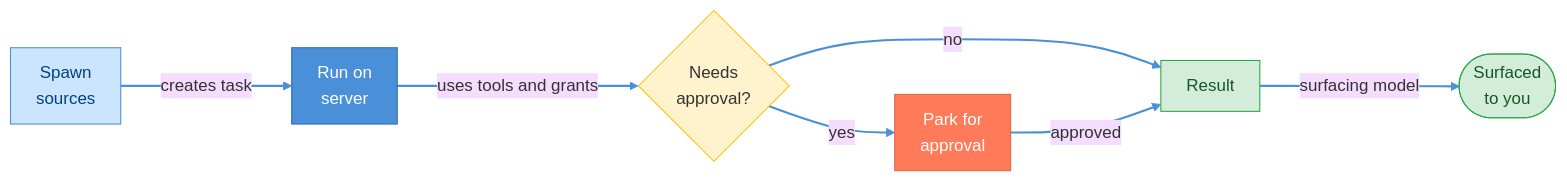
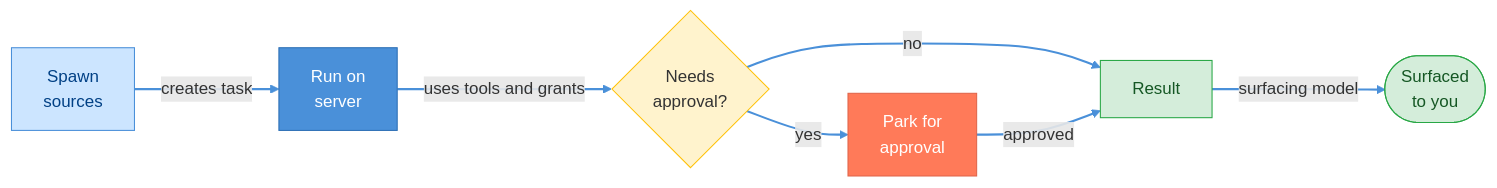
Before and after one commit to alex-oleshkevich/dailydrift: the third of 5 diagrams in specs/how-it-works.md, drawn with Mermaid. The commit also changed other lines of this file and 44 other files, not shown here.

````diff
--- a/specs/how-it-works.md
+++ b/specs/how-it-works.md
@@ -138,22 +136,21 @@
 ```mermaid
-%%{init: {'theme': 'base', 'themeVariables': {'fontSize': '16px'}, 'flowchart': {'nodeSpacing': 60, 'rankSpacing': 75, 'padding': 12}}}%%
 flowchart LR
-    SRC["Spawn\nsources"]:::process
-    RUN["Run on\nserver"]:::app
-    PARK{"Needs\napproval?"}:::decision
-    APR["Park for\napproval"]:::secondary
+    SRC["Spawn<br/>sources"]:::process
+    RUN["Run on<br/>server"]:::app
+    PARK{"Needs<br/>approval?"}:::decision
+    APR["Park for<br/>approval"]:::secondary
     RES["Result"]:::success
-    OUT(["Surfaced\nto you"]):::success
+    OUT(["Surfaced<br/>to you"]):::success
     SRC -->|"creates task"| RUN
     RUN -->|"uses tools and grants"| PARK
     PARK -->|"yes"| APR
     PARK -->|"no"| RES
     APR -->|"approved"| RES
     RES -->|"surfacing model"| OUT
     classDef process fill:#CCE5FF,stroke:#4A90D9,color:#004085
     classDef app fill:#4A90D9,stroke:#2C6FB5,color:#fff
     classDef decision fill:#FFF3CD,stroke:#FFC107,color:#333
     classDef secondary fill:#FF7A59,stroke:#E0654A,color:#fff
     classDef success fill:#D4EDDA,stroke:#28A745,color:#155724
     linkStyle default stroke:#4A90D9,stroke-width:2px
 ```
````
